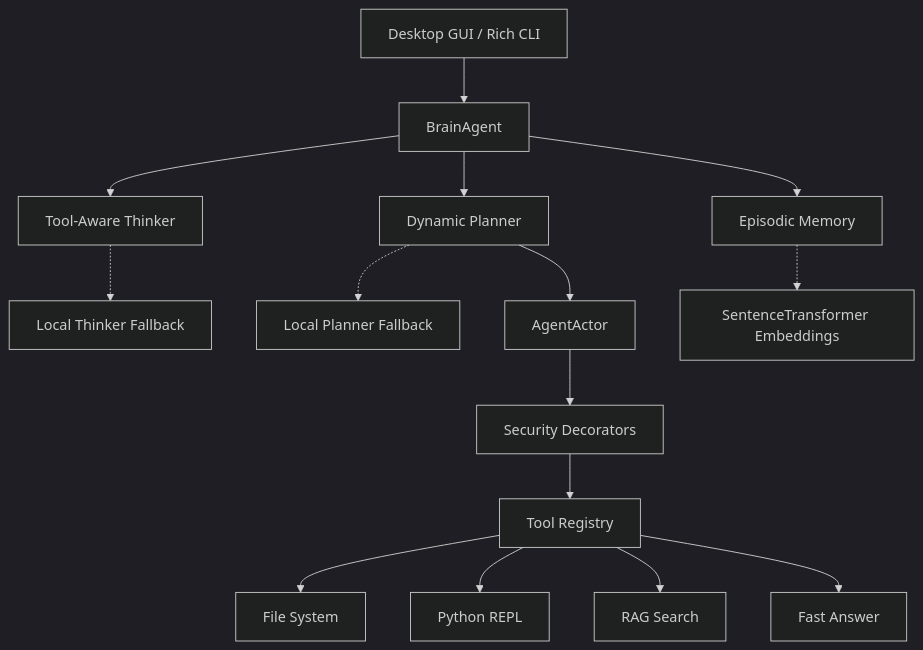
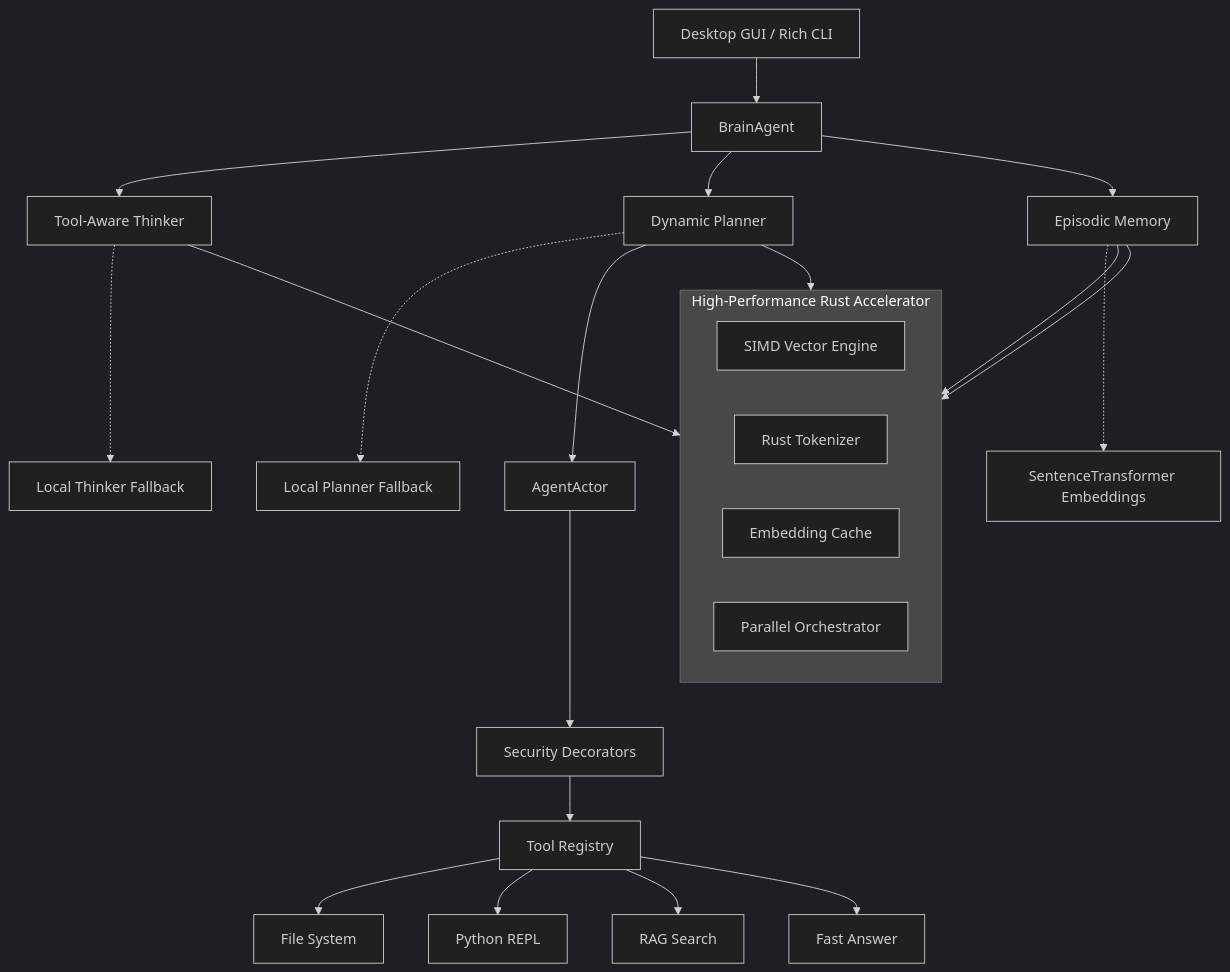
The diagram in README.md (blackeagle686/MyAgent), drawn with Mermaid (dark theme) before and after one commit. The commit also changed other lines of this file and 9 other files, not shown here.

Commit message:
add RUST accelerator

````diff
--- a/README.md
+++ b/README.md
@@ -45,20 +50,34 @@
 ```mermaid
 graph TD
     UI[Desktop GUI / Rich CLI] --> Agent[BrainAgent]
     Agent --> Thinker[Tool-Aware Thinker]
     Agent --> Planner[Dynamic Planner]
     Agent --> Memory[Episodic Memory]
     
     Thinker -.-> LocalThink[Local Thinker Fallback]
     Planner -.-> LocalPlan[Local Planner Fallback]
     Memory -.-> LocalEmbed[SentenceTransformer Embeddings]
+
+    %% Rust Accelerator Layer
+    subgraph RustEngine [High-Performance Rust Accelerator]
+        direction LR
+        Vec[SIMD Vector Engine]
+        Tok[Rust Tokenizer]
+        Cache[Embedding Cache]
+        Orch[Parallel Orchestrator]
+    end
+
+    Memory --> Vec
+    Memory --> Cache
+    Thinker --> Tok
+    Planner --> Orch
     
     Planner --> Actor[AgentActor]
     Actor --> Security[Security Decorators]
     Security --> Tools[Tool Registry]
     
     Tools --> FST[File System]
     Tools --> REPL[Python REPL]
     Tools --> SRCH[RAG Search]
     Tools --> FAST[Fast Answer]
 ```
````
